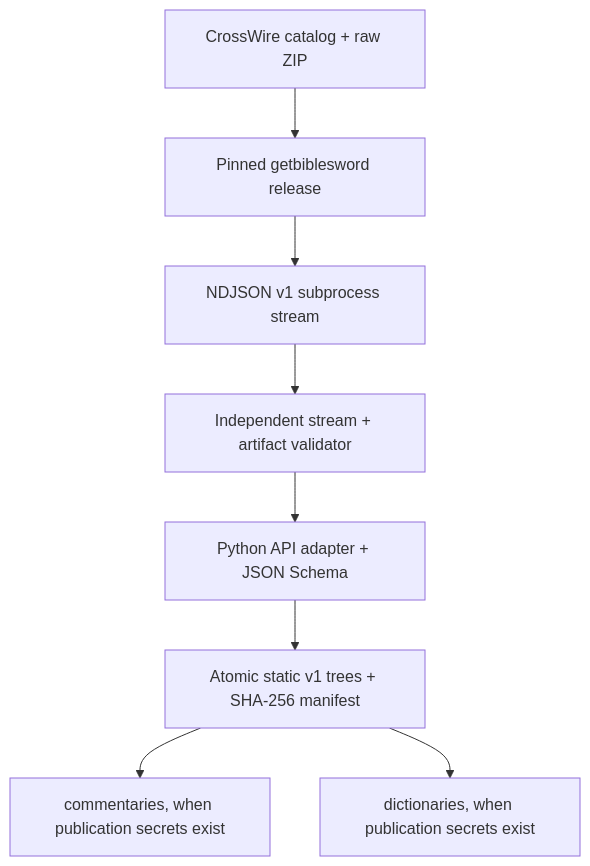
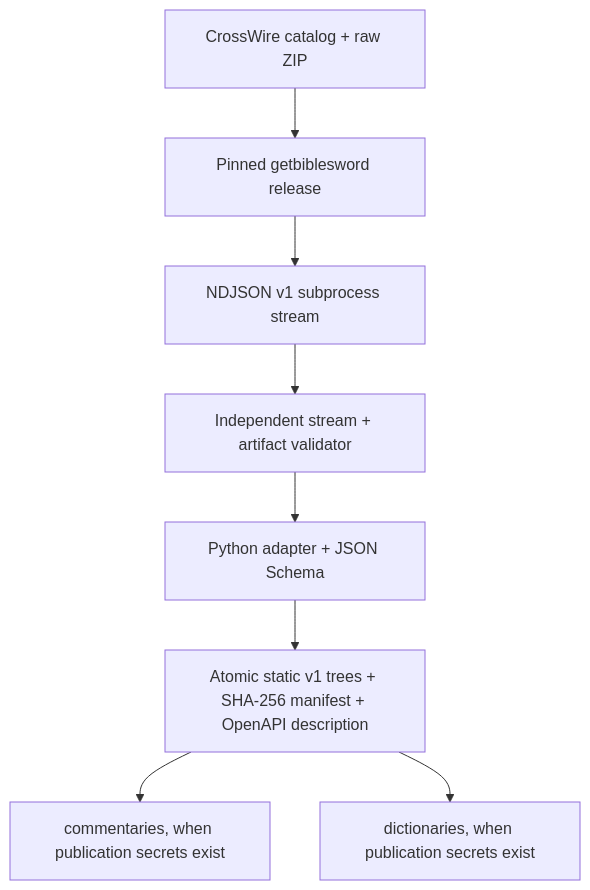
One commit to getbible/v1_study_builder changed the diagram in README.md. Above: the diagram before and after it, drawn with Mermaid. The commit also changed other lines of this file and 37 other files, not shown here.

````diff
--- a/README.md
+++ b/README.md
@@ -410,10 +434,10 @@
 ```mermaid
 flowchart TD
     A["CrossWire catalog + raw ZIP"] --> B["Pinned getbiblesword release"]
     B --> C["NDJSON v1 subprocess stream"]
     C --> D["Independent stream + artifact validator"]
-    D --> E["Python API adapter + JSON Schema"]
-    E --> F["Atomic static v1 trees + SHA-256 manifest"]
+    D --> E["Python adapter + JSON Schema"]
+    E --> F["Atomic static v1 trees + SHA-256 manifest + OpenAPI description"]
     F --> G["commentaries, when publication secrets exist"]
     F --> H["dictionaries, when publication secrets exist"]
 ```
````
